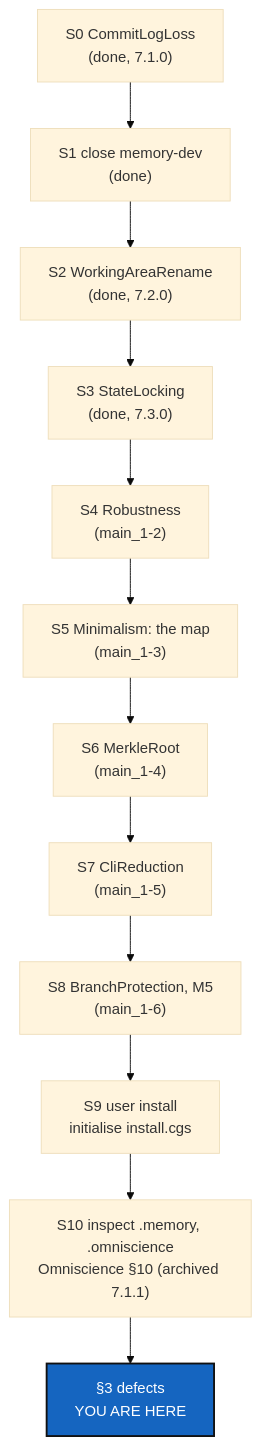
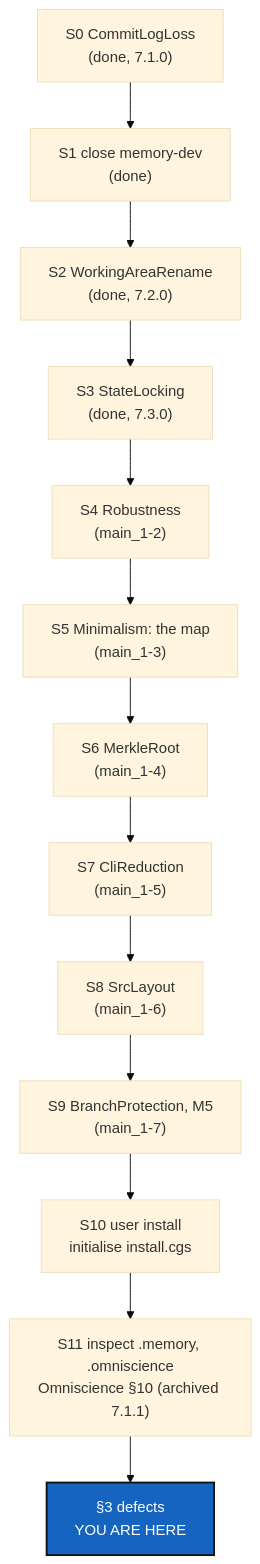
One commit to flipoyo/.dev changed the diagram in DevTickets/openTickets/main_1-1_BeforeBeta_DevPlanTicket.md. Above: the diagram before and after it, drawn with Mermaid (base theme). The commit also changed other lines of this file and 10 other files, not shown here.

````diff
--- a/DevTickets/openTickets/main_1-1_BeforeBeta_DevPlanTicket.md
+++ b/DevTickets/openTickets/main_1-1_BeforeBeta_DevPlanTicket.md
@@ -112,17 +129,18 @@
 ```mermaid
 graph TD
     S0["S0 CommitLogLoss<br/>(done, 7.1.0)"] --> S1["S1 close memory-dev<br/>(done)"]
     S1 --> S2["S2 WorkingAreaRename<br/>(done, 7.2.0)"]
     S2 --> S3["S3 StateLocking<br/>(done, 7.3.0)"]
     S3 --> S4["S4 Robustness<br/>(main_1-2)"]
     S4 --> S5["S5 Minimalism: the map<br/>(main_1-3)"]
     S5 --> S6["S6 MerkleRoot<br/>(main_1-4)"]
     S6 --> S7["S7 CliReduction<br/>(main_1-5)"]
-    S7 --> S8["S8 BranchProtection, M5<br/>(main_1-6)"]
-    S8 --> S9["S9 user install<br/>initialise install.cgs"]
-    S9 --> S10["S10 inspect .memory, .omniscience<br/>Omniscience §10 (archived 7.1.1)"]
-    S10 --> R["§3 defects<br/>YOU ARE HERE"]
+    S7 --> S8["S8 SrcLayout<br/>(main_1-6)"]
+    S8 --> S9["S9 BranchProtection, M5<br/>(main_1-7)"]
+    S9 --> S10["S10 user install<br/>initialise install.cgs"]
+    S10 --> S11["S11 inspect .memory, .omniscience<br/>Omniscience §10 (archived 7.1.1)"]
+    S11 --> R["§3 defects<br/>YOU ARE HERE"]
 
     classDef here fill:#1565C0,color:#fff,stroke:#111,stroke-width:2px;
     class R here;
 ```
````
